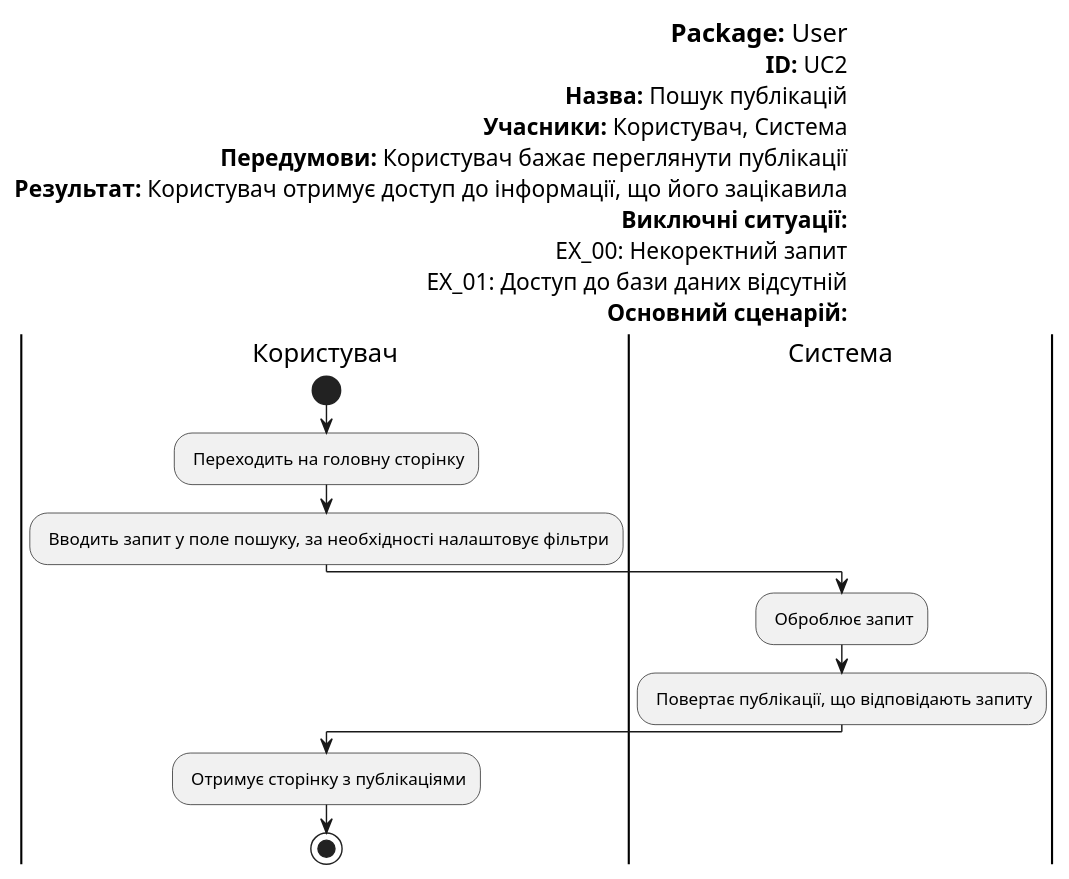
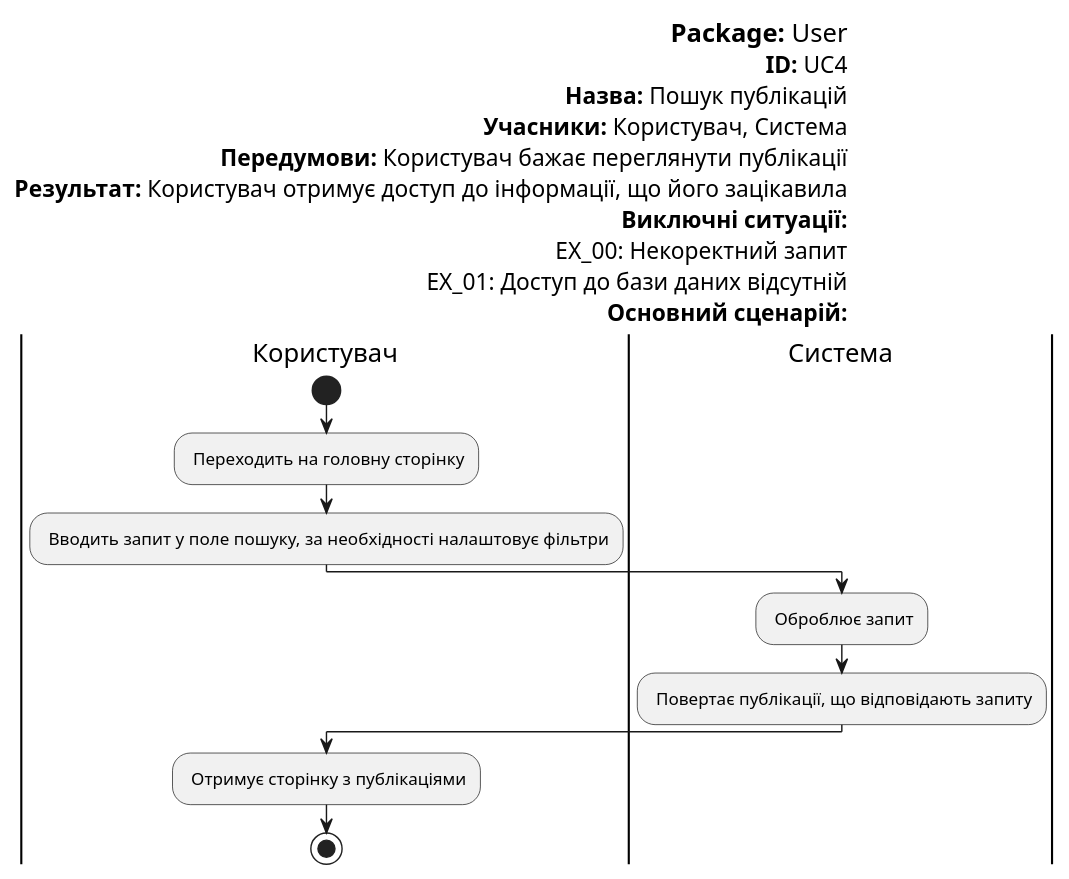
Before and after one commit to yehorbk/kpi-programming: the diagram in UML/user/Diagrams/UC4.pu, drawn with PlantUML.

```diff
--- a/UML/user/Diagrams/UC4.pu
+++ b/UML/user/Diagrams/UC4.pu
@@ -1,37 +1,37 @@
 @startuml 
 
 left header
 <font color=000 size=18><b>Package:</b> User
-<font color=000 size=16><b>ID:</b> UC2
+<font color=000 size=16><b>ID:</b> UC4
 <font color=000 size=16><b>Назва:</b> Пошук публікацій
 <font color=000 size=16><b>Учасники:</b> Користувач, Система
 <font color=000 size=16><b>Передумови:</b> Користувач бажає переглянути публікації
 <font color=000 size=16><b>Результат:</b> Користувач отримує доступ до інформації, що його зацікавила
 <font color=000 size=16><b>Виключні ситуації:</b>
 <font color=000 size=16>EX_00: Некоректний запит
 <font color=000 size=16>EX_01: Доступ до бази даних відсутній
 <font color=000 size=16><b>Основний сценарій:</b>
 end header
 
 skinparam	shadowing false
 skinparam Note {
 	BackgroundColor #f85658
 	FontColor #ffffff
 }
 
 |Користувач|
 start
 : Переходить на головну сторінку;
 
 : Вводить запит у поле пошуку, за необхідності налаштовує фільтри;
 
 |Система|
 : Оброблює запит;
 
 : Повертає публікації, що відповідають запиту;
 
 |Користувач|
 : Отримує сторінку з публікаціями;
 
 stop;
 @enduml
```
